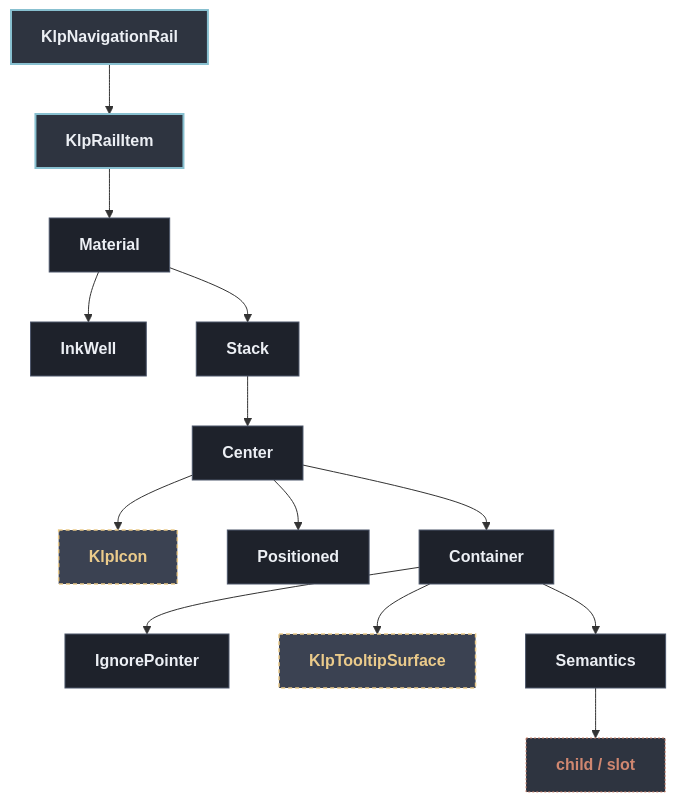
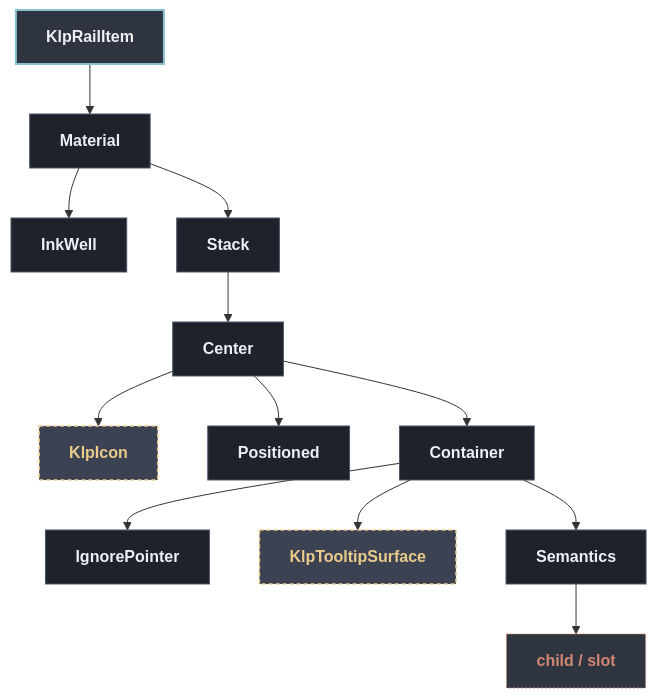
One commit to MiuDog/Kallopis changed the diagram in docs/architecture/components/navigation/klp_rail_item.md. Above: the diagram before and after it, drawn with Mermaid. The commit also changed other lines of this file and 1105 other files, not shown here.

Commit message:
refactor: establish semantic design architecture

````diff
--- a/docs/architecture/components/navigation/klp_rail_item.md
+++ b/docs/architecture/components/navigation/klp_rail_item.md
@@ -13,34 +13,32 @@
 ```mermaid
 flowchart TD
   classDef default fill:#1E222B,stroke:#4C566A,stroke-width:1px,color:#ECEFF4;
   classDef root fill:#2E3440,stroke:#88C0D0,stroke-width:2px,color:#ECEFF4,font-weight:bold;
   classDef reference fill:#3B4252,stroke:#EBCB8B,stroke-width:1.5px,stroke-dasharray: 4 3,color:#EBCB8B;
   classDef container fill:#2E3440,stroke:#A3BE8C,stroke-width:1.5px,color:#A3BE8C;
   classDef slot fill:#2E3440,stroke:#D08770,stroke-width:1px,stroke-dasharray: 2 2,color:#D08770;
 
-  rail["KlpNavigationRail"]:::root
   root["KlpRailItem"]:::root
-  rail --> root
   n1["Material"]
   root --> n1
   n2["InkWell"]
   n1 --> n2
   n3["Stack"]
   n1 --> n3
   n4["Center"]
   n3 --> n4
   n5["KlpIcon"]:::reference
   n4 --> n5
   n6["Positioned"]
   n4 --> n6
   n7["Container"]
   n4 --> n7
   n8["IgnorePointer"]
   n7 --> n8
   n9["KlpTooltipSurface"]:::reference
   n7 --> n9
   n10["Semantics"]
   n7 --> n10
   n11["child / slot"]:::slot
   n10 --> n11
 ```
````
